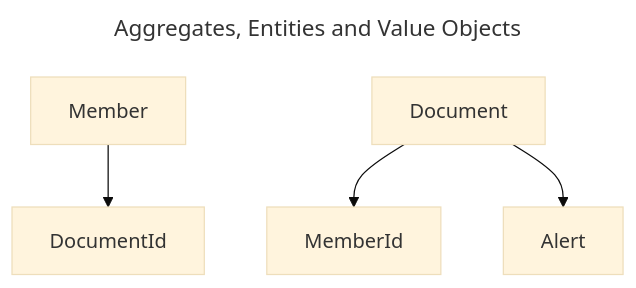
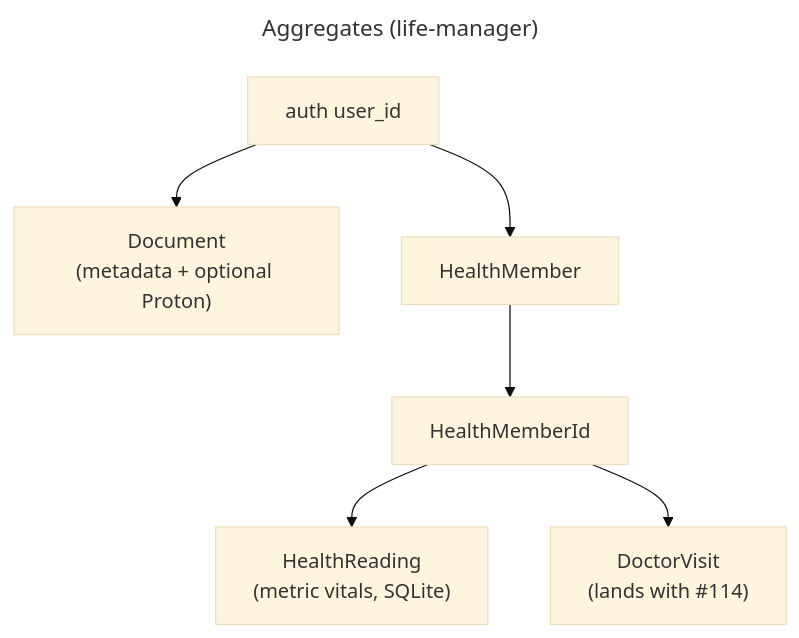
One commit to mikeyjay39/life-manager changed the diagram in README.md. Above: the diagram before and after it, drawn with Mermaid (base theme). The commit also changed other lines of this file and 5 other files, not shown here.

First line of the commit message:
Document Health Manager aggregates, routes, and units policy.

````diff
--- a/README.md
+++ b/README.md
@@ -194,17 +197,13 @@
 ```mermaid
 ---
-title: Aggregates, Entities and Value Objects
+title: Aggregates (life-manager)
 ---
 
 flowchart TD
-
-  M-->Did
-  D-->Mid
-  D-->A
-
-    M[Member]
-    D[Document]
-    Mid[MemberId]
-    Did[DocumentId]
-    A[Alert]
+  U[auth user_id]
+  U --> D["Document\n(metadata + optional Proton)"]
+  U --> HM[HealthMember]
+  HM --> HMid[HealthMemberId]
+  HMid --> HR["HealthReading\n(metric vitals, SQLite)"]
+  HMid --> DV["DoctorVisit\n(lands with #114)"]
 ```
````
